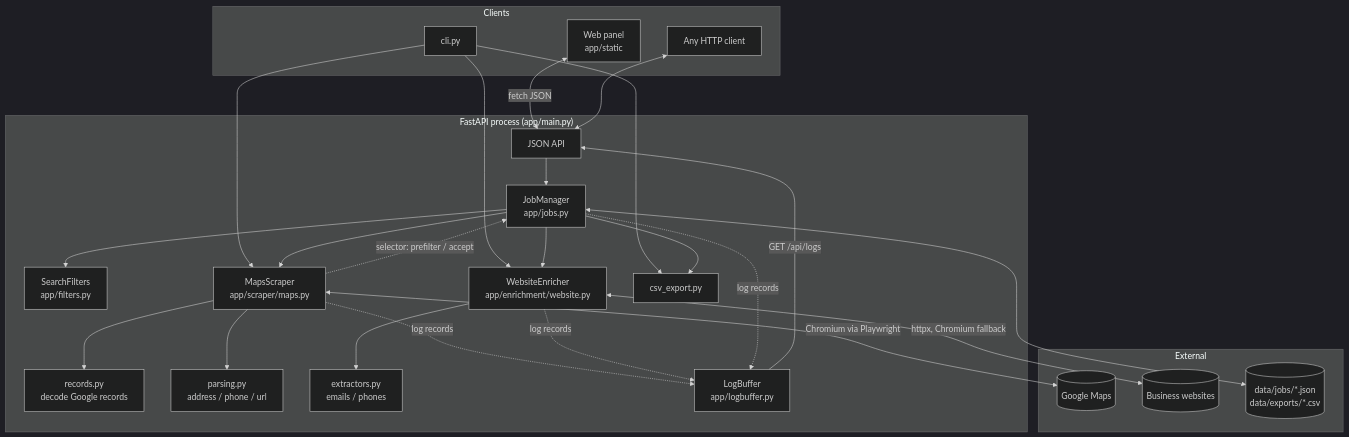
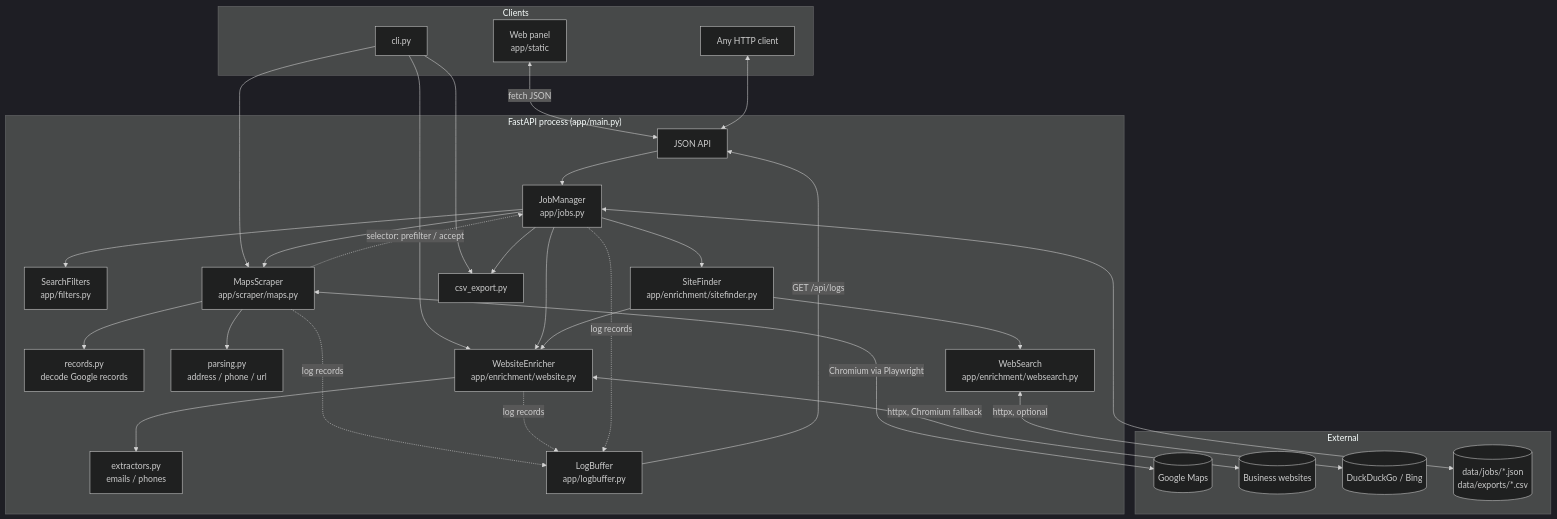
The first of 6 diagrams in docs/ARCHITECTURE.md (wandringspirit/leadspilot-engine), drawn with Mermaid (dark theme) before and after one commit. The commit also changed other lines of this file and 29 other files, not shown here.

````diff
--- a/docs/ARCHITECTURE.md
+++ b/docs/ARCHITECTURE.md
@@ -9,49 +9,56 @@
 ```mermaid
 flowchart TB
     subgraph Clients
         P[Web panel<br/>app/static]
         CLI[cli.py]
         X[Any HTTP client]
     end
 
     subgraph Server["FastAPI process (app/main.py)"]
         API[JSON API]
         JM[JobManager<br/>app/jobs.py]
         FLT[SearchFilters<br/>app/filters.py]
         MS[MapsScraper<br/>app/scraper/maps.py]
         REC[records.py<br/>decode Google records]
         PARSE[parsing.py<br/>address / phone / url]
         WE[WebsiteEnricher<br/>app/enrichment/website.py]
         EXT[extractors.py<br/>emails / phones]
+        SF[SiteFinder<br/>app/enrichment/sitefinder.py]
+        WSR[WebSearch<br/>app/enrichment/websearch.py]
         CSV[csv_export.py]
         LB[LogBuffer<br/>app/logbuffer.py]
     end
 
     subgraph External
         GM[(Google Maps)]
         WS[(Business websites)]
+        SE[(DuckDuckGo / Bing)]
         FS[(data/jobs/*.json<br/>data/exports/*.csv)]
     end
 
     P <-->|fetch JSON| API
     X <--> API
     CLI --> MS
     CLI --> WE
     CLI --> CSV
     API --> JM
     JM --> FLT
     JM --> MS
     MS -.->|selector: prefilter / accept| JM
     JM --> WE
+    JM --> SF
+    SF --> WE
+    SF --> WSR
+    WSR <-->|httpx, optional| SE
     JM --> CSV
     JM <--> FS
     MS --> REC
     MS --> PARSE
     MS <-->|Chromium via Playwright| GM
     WE --> EXT
     WE <-->|httpx, Chromium fallback| WS
     MS -.->|log records| LB
     WE -.->|log records| LB
     JM -.->|log records| LB
     LB -->|GET /api/logs| API
 ```
````
